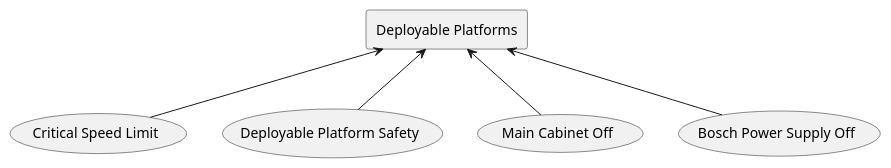
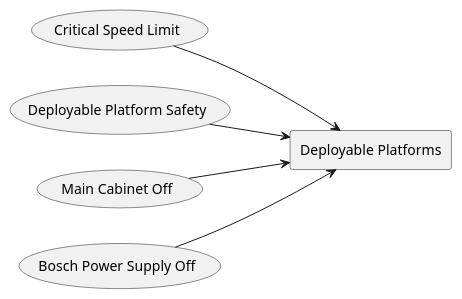
One commit to lsst-ts/ts_tma_tma-documentation_tma-faults changed diagram 16 of 18 in README.md. Above: the diagram before and after it, drawn with PlantUML. The commit also changed other lines of this file, not shown here.

Commit message:
refactor: change the diagrams to be left to right instead of top to bottom

````diff
--- a/README.md
+++ b/README.md
@@ -1022,18 +1036,19 @@
 ```plantuml
 @startuml
+left to right direction
 rectangle "Deployable Platforms" as DeployablePlatforms
 usecase "Critical Speed Limit" as CriticalSpeedLimit
 
-CriticalSpeedLimit -u-> DeployablePlatforms
+CriticalSpeedLimit --> DeployablePlatforms
 usecase "Deployable Platform Safety" as DeployablePlatformSafety
 
-DeployablePlatformSafety -u-> DeployablePlatforms
+DeployablePlatformSafety --> DeployablePlatforms
 usecase "Main Cabinet Off" as MainCabinetOff
 
-MainCabinetOff -u-> DeployablePlatforms
+MainCabinetOff --> DeployablePlatforms
 usecase "Bosch Power Supply Off" as BoschPowerSupplyOff
 
-BoschPowerSupplyOff -u-> DeployablePlatforms
+BoschPowerSupplyOff --> DeployablePlatforms
 
 @enduml
 ```
````
